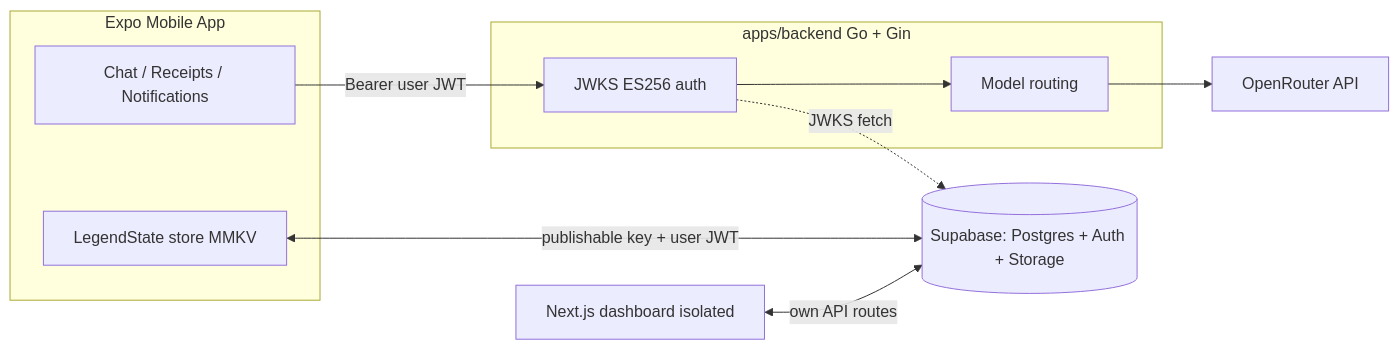
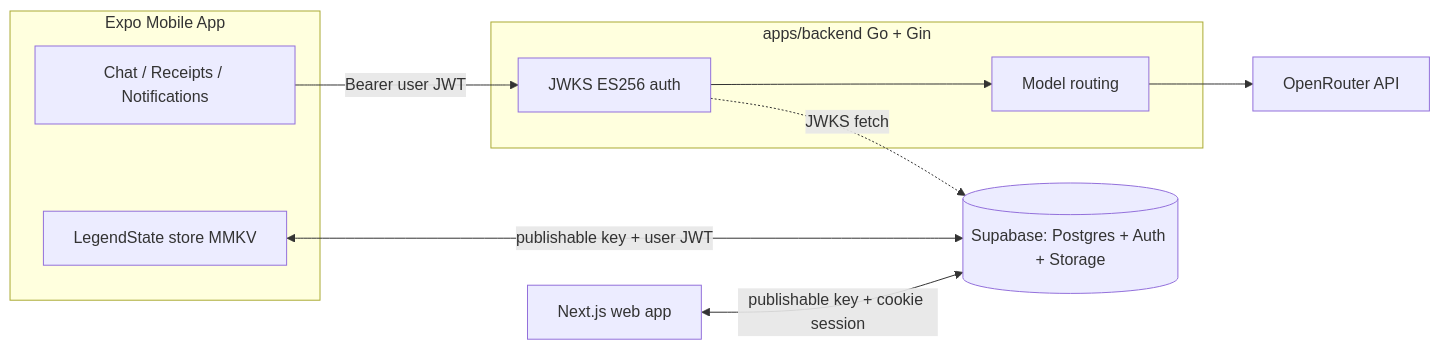
Before and after one commit to Kaiz404/Moni-Alpha: the diagram in docs/ARCHITECTURE.md, drawn with Mermaid. The commit also changed other lines of this file and 10 other files, not shown here.

````diff
--- a/docs/ARCHITECTURE.md
+++ b/docs/ARCHITECTURE.md
@@ -7,19 +7,19 @@
 ```mermaid
 flowchart LR
   subgraph mobile [Expo Mobile App]
     chat[Chat / Receipts / Notifications]
     legend[LegendState store MMKV]
   end
   subgraph gobackend [apps/backend Go + Gin]
     authmw[JWKS ES256 auth]
     router[Model routing]
   end
   llm[OpenRouter API]
   supa[(Supabase: Postgres + Auth + Storage)]
-  web[Next.js dashboard isolated]
+  web[Next.js web app]
 
   chat -->|"Bearer user JWT"| authmw --> router --> llm
   legend <-->|"publishable key + user JWT"| supa
-  web <-->|"own API routes"| supa
+  web <-->|"publishable key + cookie session"| supa
   authmw -.->|"JWKS fetch"| supa
 ```
````
